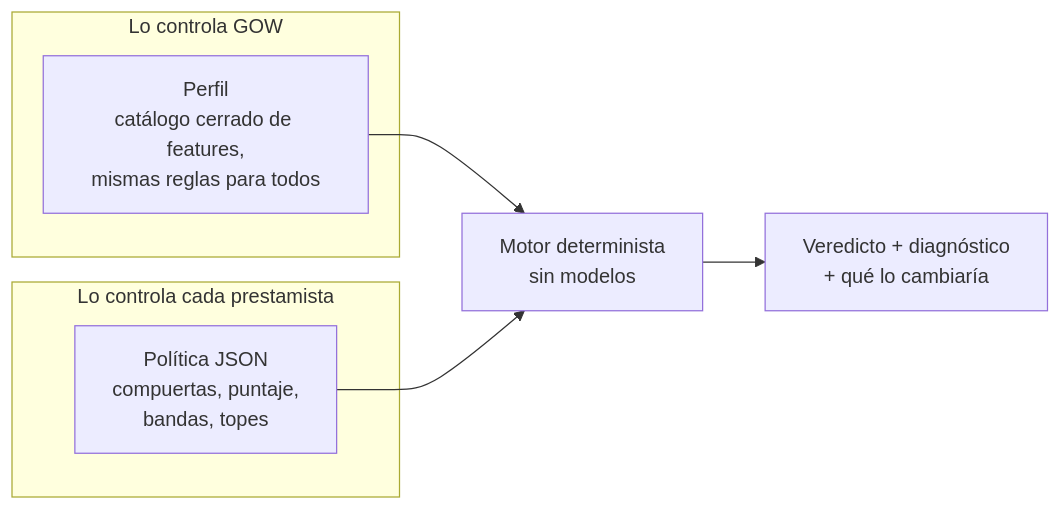
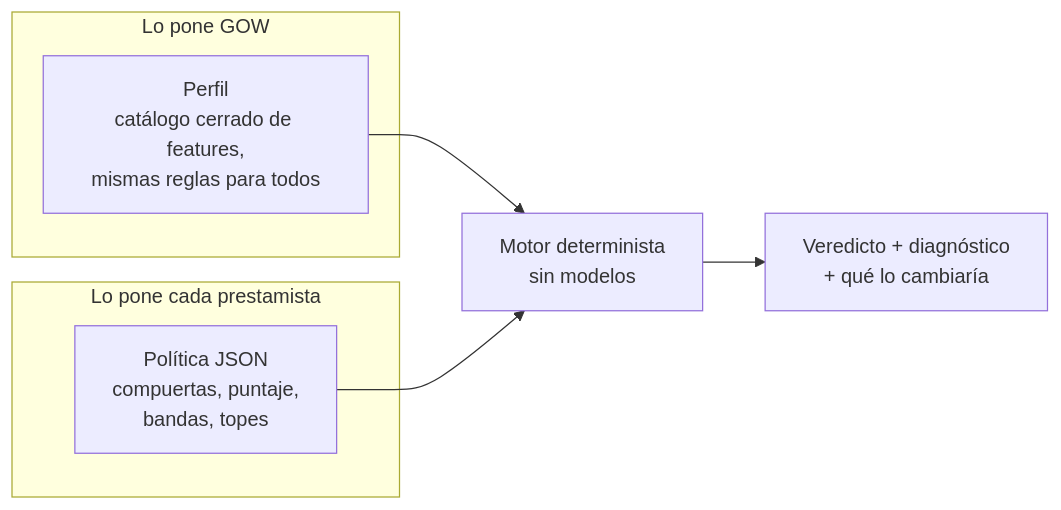
One commit to moydany/gow-credit changed the third of 6 diagrams in README.es.md. Above: the diagram before and after it, drawn with Mermaid. The commit also changed other lines of this file and 1 other file, not shown here.

````diff
--- a/README.es.md
+++ b/README.es.md
@@ -260,11 +288,11 @@
 ```mermaid
 flowchart LR
-    subgraph GOW["Lo controla GOW"]
+    subgraph GOW["Lo pone GOW"]
         F["Perfil<br/>catálogo cerrado de features,<br/>mismas reglas para todos"]
     end
-    subgraph T["Lo controla cada prestamista"]
+    subgraph T["Lo pone cada prestamista"]
         P["Política JSON<br/>compuertas, puntaje,<br/>bandas, topes"]
     end
     F --> M["Motor determinista<br/>sin modelos"] --> D["Veredicto + diagnóstico<br/>+ qué lo cambiaría"]
     P --> M
 ```
````
